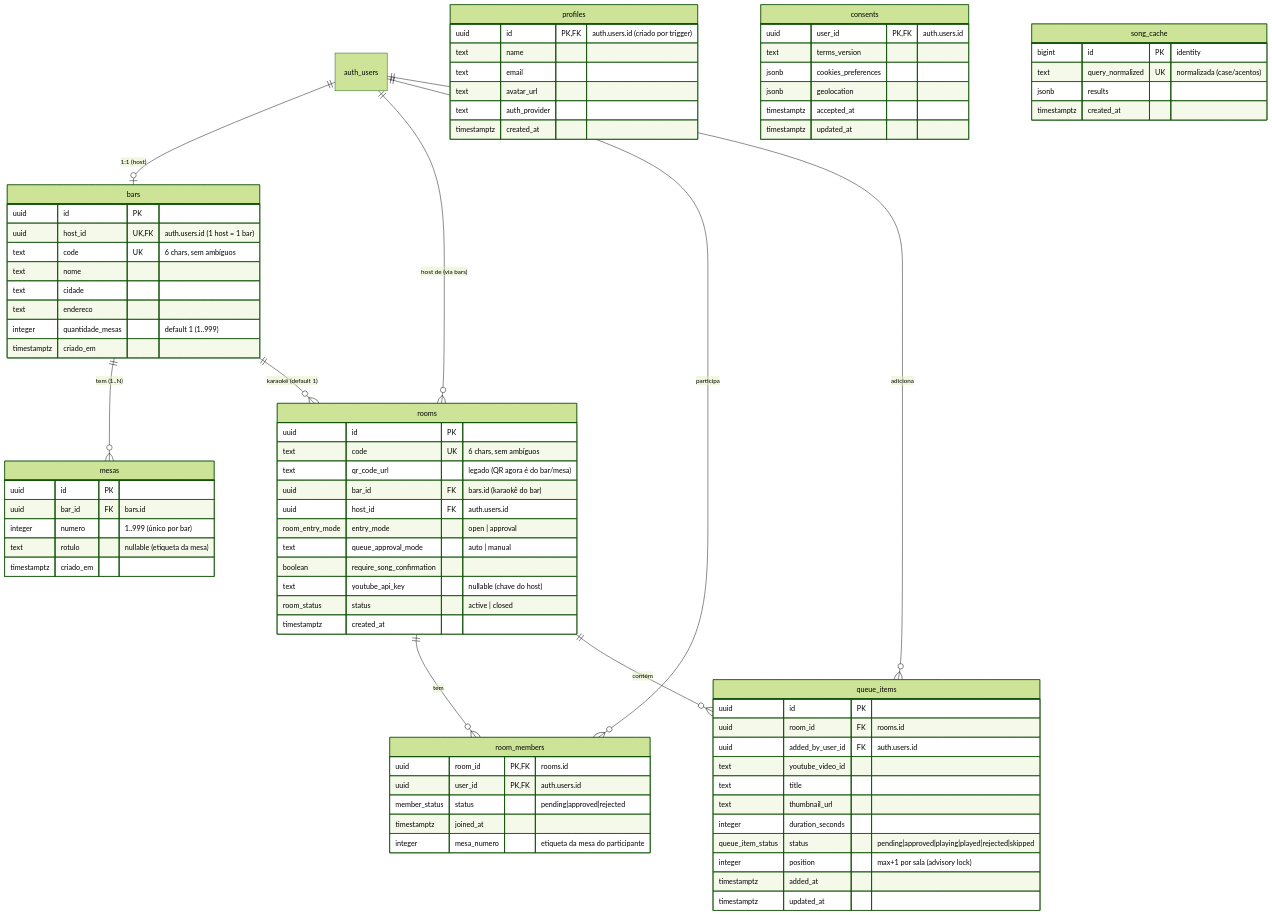
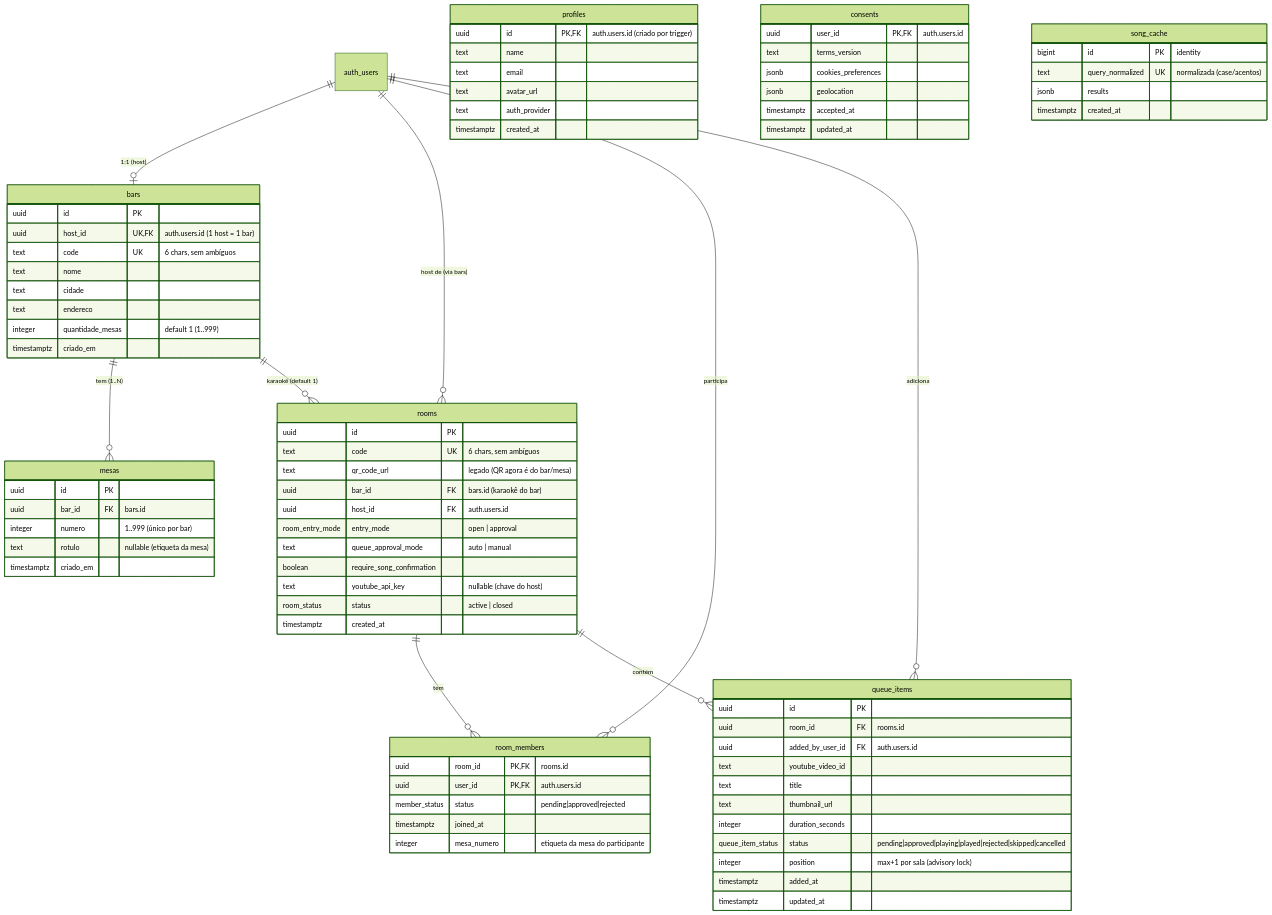
Before and after one commit to cavalcanteprofissional/karaoke-flow: the first of 5 diagrams in docs/flows/banco-de-dados.md, drawn with Mermaid (forest theme). The commit also changed other lines of this file and 23 other files, not shown here.

```diff
--- a/docs/flows/banco-de-dados.md
+++ b/docs/flows/banco-de-dados.md
@@ -66,7 +66,7 @@
         text title
         text thumbnail_url
         integer duration_seconds
-        queue_item_status status "pending|approved|playing|played|rejected|skipped"
+        queue_item_status status "pending|approved|playing|played|rejected|skipped|cancelled"
         integer position "max+1 por sala (advisory lock)"
         timestamptz added_at
         timestamptz updated_at
```
